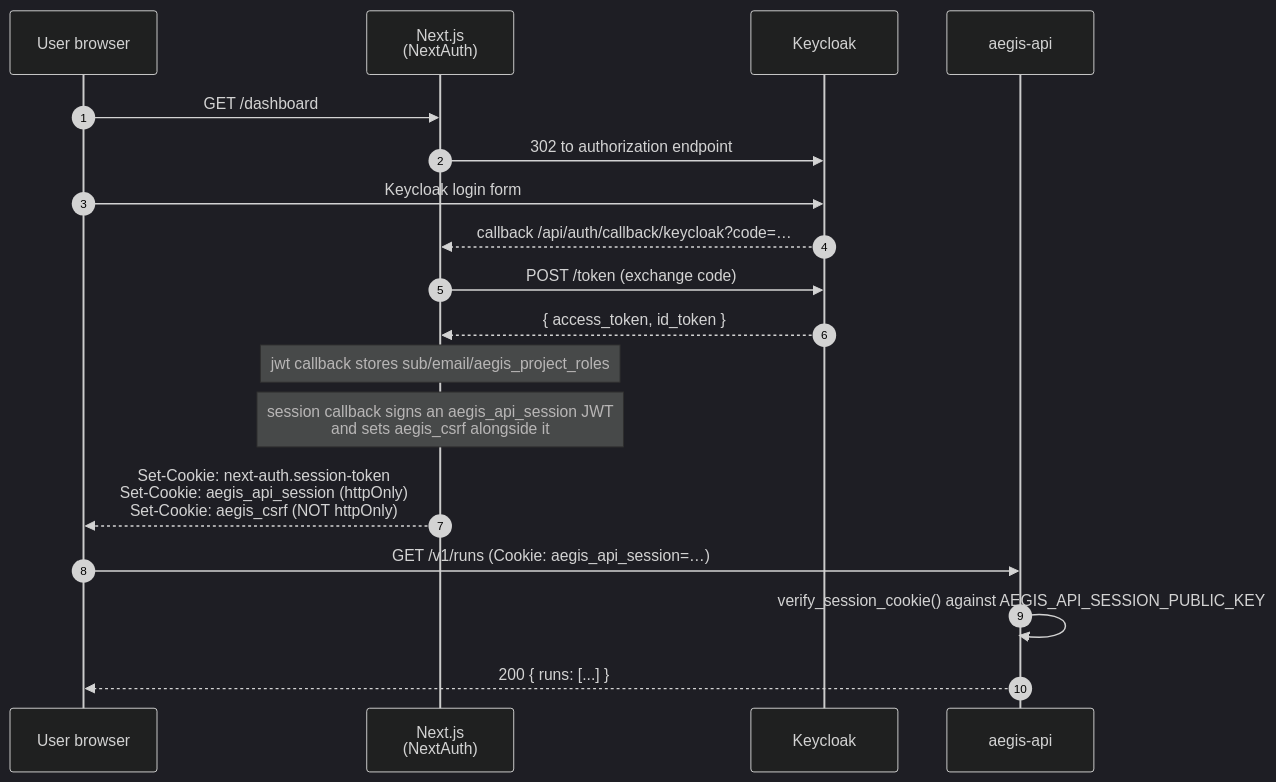
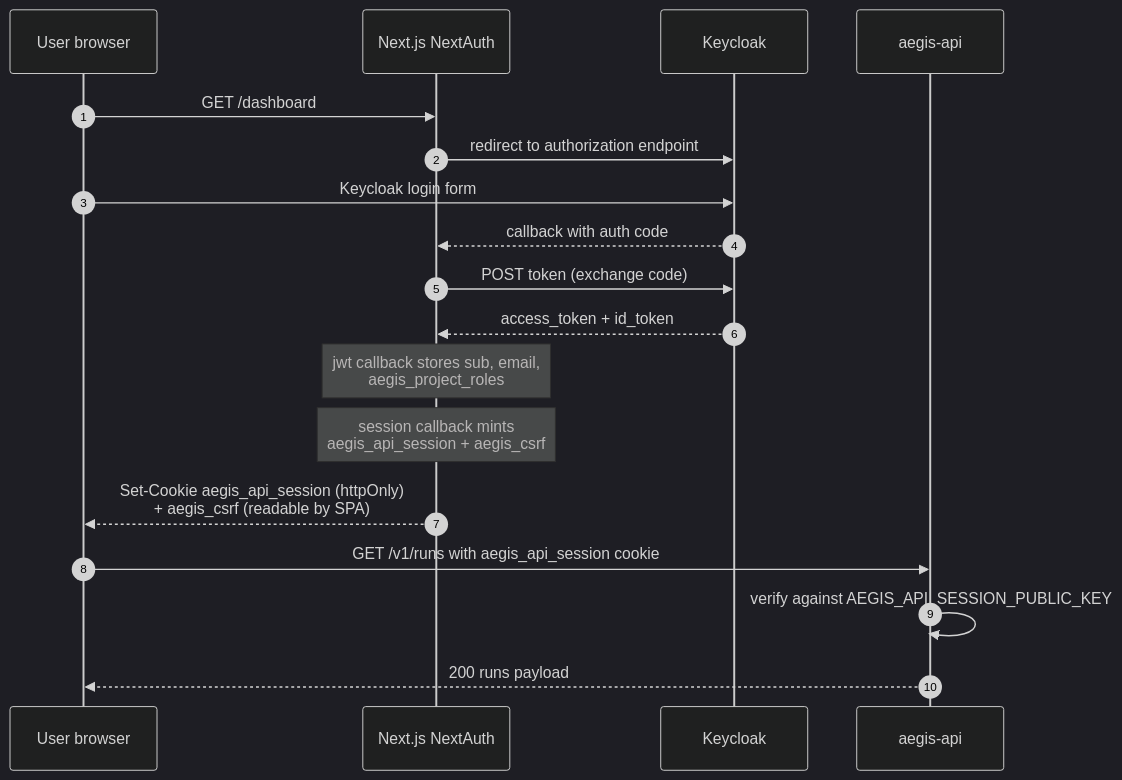
Before and after one commit to IntelliBridge/ndia-red-team-simulator: the first of 3 diagrams in docs/architecture/auth.md, drawn with Mermaid (dark theme). The commit also changed other lines of this file and 8 other files, not shown here.

First line of the commit message:
mkdocs: fix every mermaid diagram against the Mermaid 11 parser

````diff
--- a/docs/architecture/auth.md
+++ b/docs/architecture/auth.md
@@ -35,22 +35,22 @@
 ```mermaid
 sequenceDiagram
     autonumber
     participant U as User browser
-    participant N as Next.js<br/>(NextAuth)
+    participant N as Next.js NextAuth
     participant K as Keycloak
     participant API as aegis-api
 
     U->>N: GET /dashboard
-    N->>K: 302 to authorization endpoint
+    N->>K: redirect to authorization endpoint
     U->>K: Keycloak login form
-    K-->>N: callback /api/auth/callback/keycloak?code=…
-    N->>K: POST /token (exchange code)
-    K-->>N: { access_token, id_token }
-    Note over N: jwt callback stores sub/email/aegis_project_roles
-    Note over N: session callback signs an aegis_api_session JWT<br/>and sets aegis_csrf alongside it
-    N-->>U: Set-Cookie: next-auth.session-token<br/>Set-Cookie: aegis_api_session (httpOnly)<br/>Set-Cookie: aegis_csrf (NOT httpOnly)
+    K-->>N: callback with auth code
+    N->>K: POST token (exchange code)
+    K-->>N: access_token + id_token
+    Note over N: jwt callback stores sub, email,<br/>aegis_project_roles
+    Note over N: session callback mints<br/>aegis_api_session + aegis_csrf
+    N-->>U: Set-Cookie aegis_api_session (httpOnly)<br/>+ aegis_csrf (readable by SPA)
 
-    U->>API: GET /v1/runs (Cookie: aegis_api_session=…)
-    API->>API: verify_session_cookie() against AEGIS_API_SESSION_PUBLIC_KEY
-    API-->>U: 200 { runs: [...] }
+    U->>API: GET /v1/runs with aegis_api_session cookie
+    API->>API: verify against AEGIS_API_SESSION_PUBLIC_KEY
+    API-->>U: 200 runs payload
 ```
````
